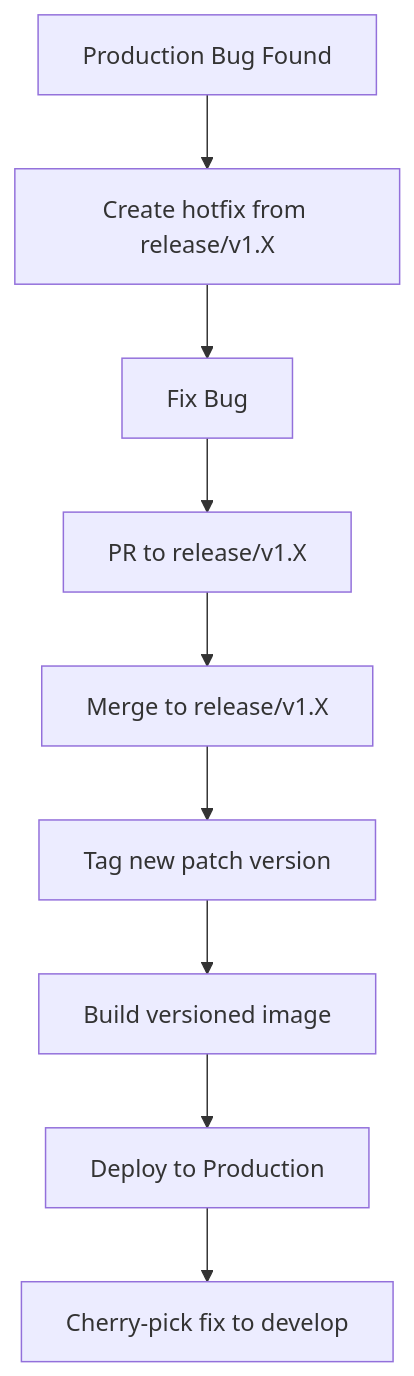
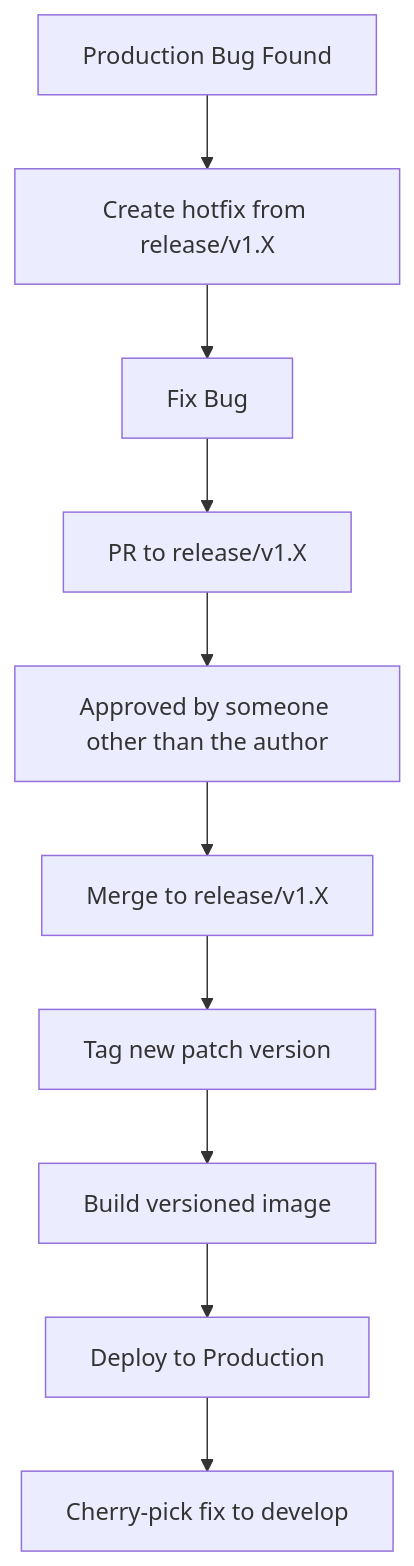
The second of 2 diagrams in docs/DEPLOYMENT_WORKFLOW.md (eneo-ai/eneo), drawn with Mermaid before and after one commit. The commit also changed other lines of this file and 33 other files, not shown here.

````diff
--- a/docs/DEPLOYMENT_WORKFLOW.md
+++ b/docs/DEPLOYMENT_WORKFLOW.md
@@ -293,11 +293,12 @@
 ```mermaid
 flowchart TB
     A[Production Bug Found] --> B[Create hotfix from release/v1.X]
     B --> C[Fix Bug]
     C --> D[PR to release/v1.X]
-    D --> E[Merge to release/v1.X]
+    D --> D2[Approved by someone other than the author]
+    D2 --> E[Merge to release/v1.X]
     E --> F[Tag new patch version]
     F --> G[Build versioned image]
     G --> H[Deploy to Production]
     H --> I[Cherry-pick fix to develop]
 ```
````
